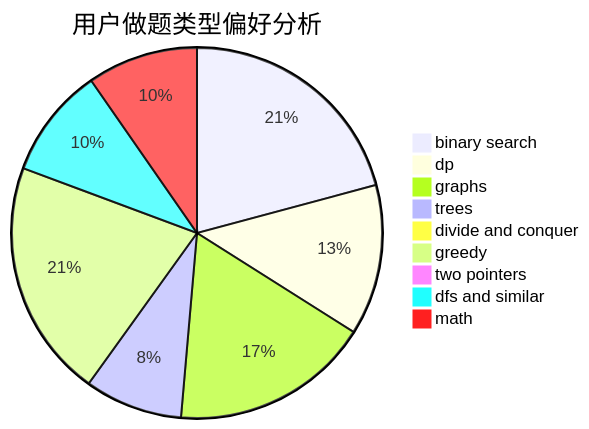
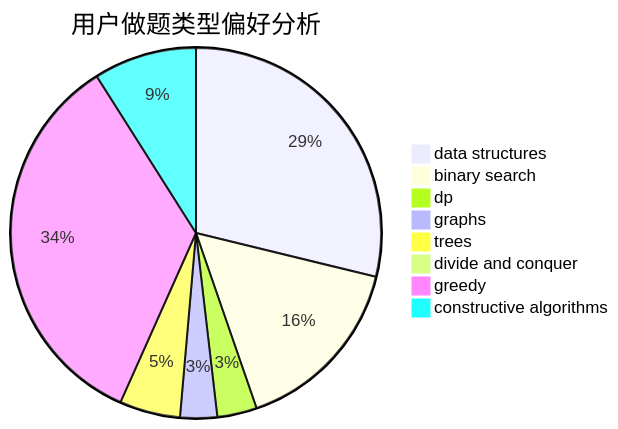
One commit to sherpahu/cfrs.github.io changed the second of 3 diagrams in docs/user/u2448.md. Above: the diagram before and after it, drawn with Mermaid. The commit also changed other lines of this file and 2775 other files, not shown here.

````diff
--- a/docs/user/u2448.md
+++ b/docs/user/u2448.md
@@ -23,12 +23,11 @@
 ```mermaid
 pie title 用户做题类型偏好分析
-    "binary search" :  317
-    "dp" :  200
-    "graphs" :  265
-    "trees" :  130
-    "divide and conquer" :  13
-    "greedy" :  316
-    "two pointers" :  5
-    "dfs and similar" :  147
-    "math" :  147
+    "data structures" :  125
+    "binary search" :  69
+    "dp" :  15
+    "graphs" :  14
+    "trees" :  23
+    "divide and conquer" :  0
+    "greedy" :  149
+    "constructive algorithms" :  39
 ```
````
